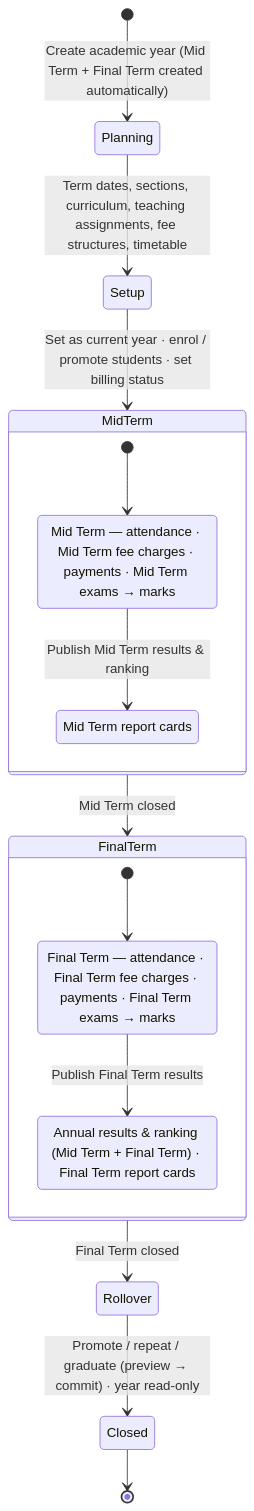
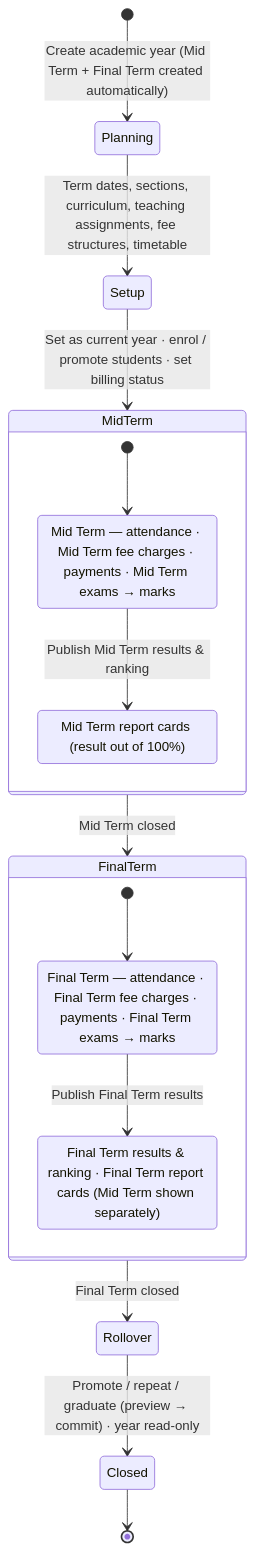
One commit to ismacil87/Gol-khatumo changed the second of 2 diagrams in docs/phase-1/05-modules.md. Above: the diagram before and after it, drawn with Mermaid. The commit also changed other lines of this file and 7 other files, not shown here.

First line of the commit message:
docs: apply official grading policy (independent Mid Term and Final Term results)

````diff
--- a/docs/phase-1/05-modules.md
+++ b/docs/phase-1/05-modules.md
@@ -87,22 +87,22 @@
 ```mermaid
 stateDiagram-v2
   [*] --> Planning: Create academic year (Mid Term + Final Term created automatically)
   Planning --> Setup: Term dates, sections, curriculum, teaching assignments, fee structures, timetable
   Setup --> MidTerm: Set as current year · enrol / promote students · set billing status
   state MidTerm {
     [*] --> MT_Run
     MT_Run: Mid Term — attendance · Mid Term fee charges · payments · Mid Term exams → marks
     MT_Run --> MT_Pub: Publish Mid Term results & ranking
-    MT_Pub: Mid Term report cards
+    MT_Pub: Mid Term report cards (result out of 100%)
   }
   MidTerm --> FinalTerm: Mid Term closed
   state FinalTerm {
     [*] --> FT_Run
     FT_Run: Final Term — attendance · Final Term fee charges · payments · Final Term exams → marks
     FT_Run --> FT_Pub: Publish Final Term results
-    FT_Pub: Annual results & ranking (Mid Term + Final Term) · Final Term report cards
+    FT_Pub: Final Term results & ranking · Final Term report cards (Mid Term shown separately)
   }
   FinalTerm --> Rollover: Final Term closed
   Rollover --> Closed: Promote / repeat / graduate (preview → commit) · year read-only
   Closed --> [*]
 ```
````
